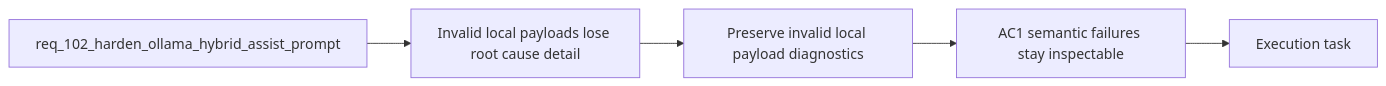
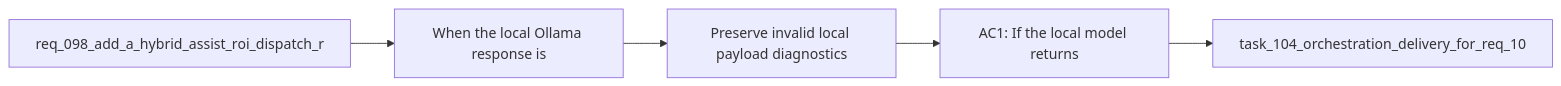
Before and after one commit to AlexAgo83/logics-manager: the diagram in logics/backlog/item_177_preserve_invalid_local_payload_diagnostics_when_hybrid_validation_fails.md, drawn with Mermaid. The commit also changed 481 other files, not shown here.

````diff
--- a/logics/backlog/item_177_preserve_invalid_local_payload_diagnostics_when_hybrid_validation_fails.md
+++ b/logics/backlog/item_177_preserve_invalid_local_payload_diagnostics_when_hybrid_validation_fails.md
@@ -28,9 +28,9 @@
 ```mermaid
 %% logics-kind: backlog
 %% logics-signature: backlog|preserve-invalid-local-payload-diagnosti|req-098-add-a-hybrid-assist-roi-dispatch|when-the-local-ollama-response-is|ac1-if-the-local-model-returns
 flowchart LR
-    Request[req_102_harden_ollama_hybrid_assist_prompt] --> Problem[Invalid local payloads lose root cause detail]
+    Request[req_098_add_a_hybrid_assist_roi_dispatch_r] --> Problem[When the local Ollama response is]
     Problem --> Scope[Preserve invalid local payload diagnostics]
-    Scope --> Acceptance[AC1 semantic failures stay inspectable]
-    Acceptance --> Tasks[Execution task]
+    Scope --> Acceptance[AC1: If the local model returns]
+    Acceptance --> Tasks[task_104_orchestration_delivery_for_req_10]
 ```
````
